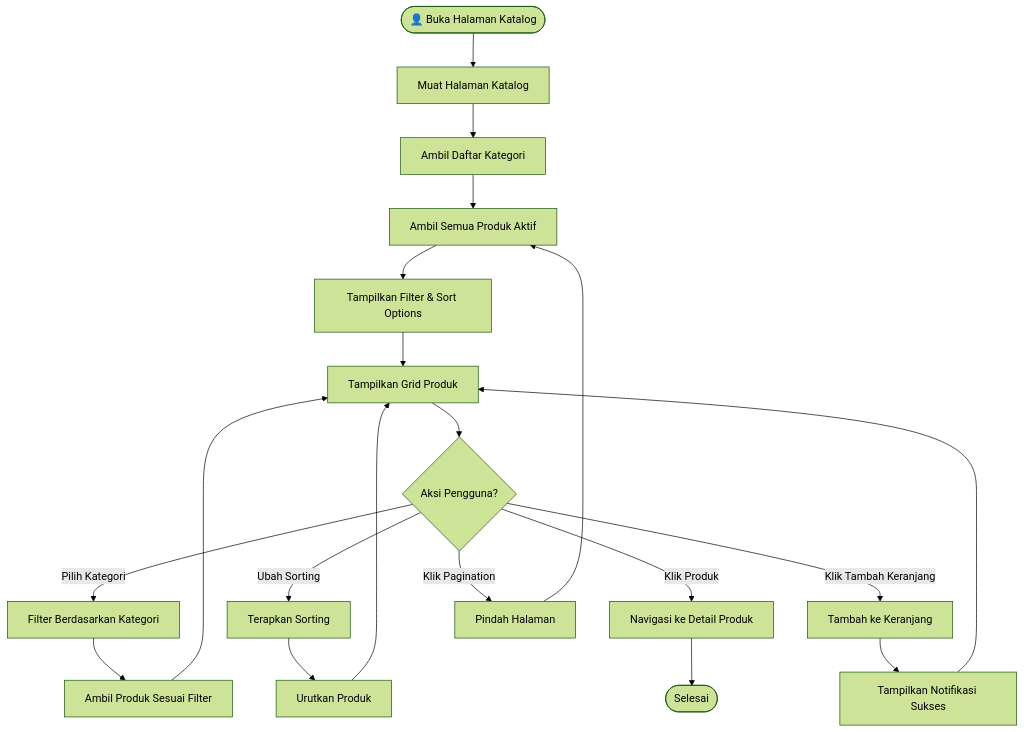
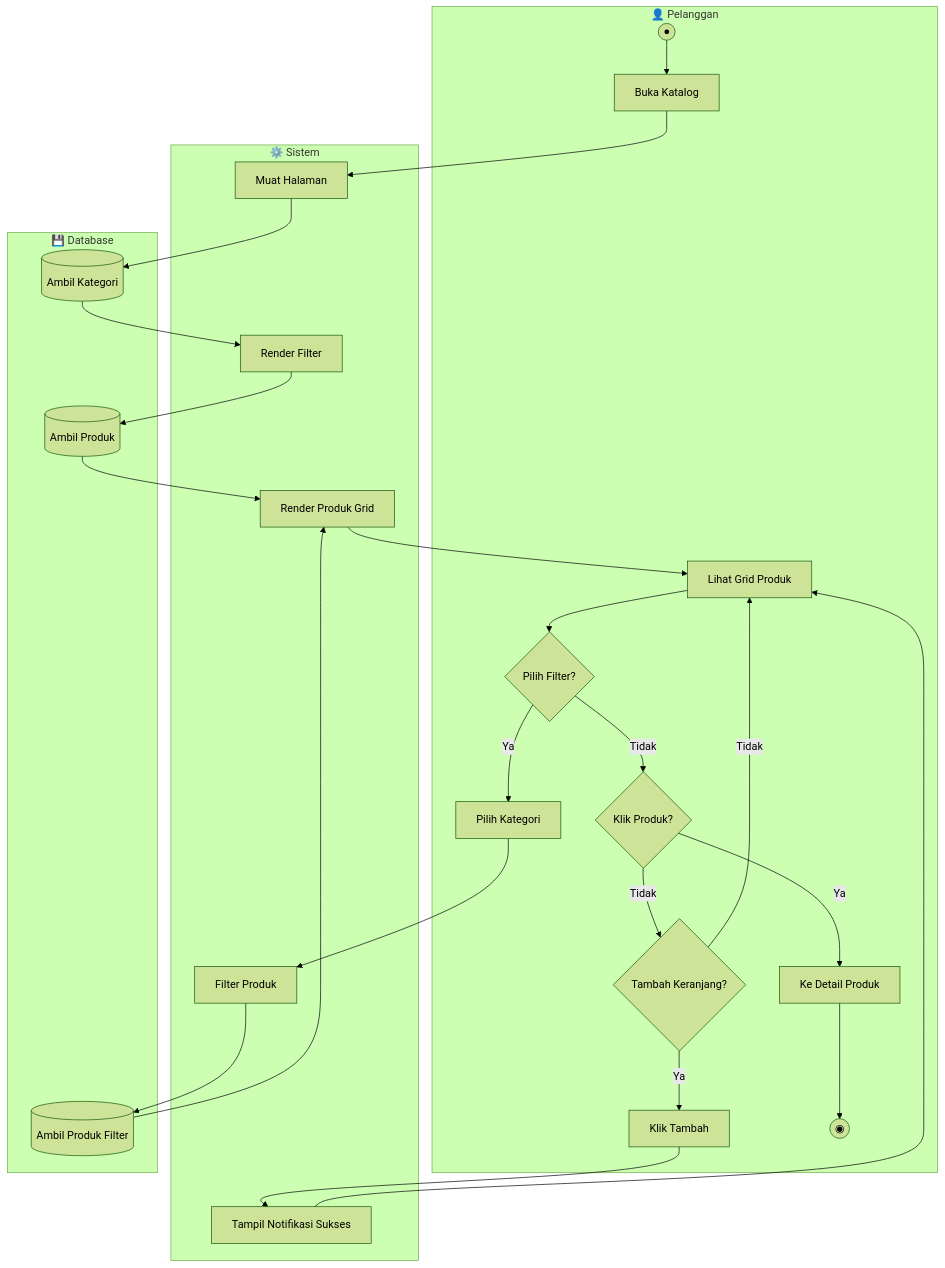
Before and after one commit to mustarisyahding07-spec/WEBSITE_SKRIPSI_MUSTARI: the second of 17 diagrams in docs/ACTIVITY_DIAGRAMS.md, drawn with Mermaid (forest theme). The commit also changed other lines of this file, not shown here.

Commit message:
docs: update activity diagrams with swimlane format

````diff
--- a/docs/ACTIVITY_DIAGRAMS.md
+++ b/docs/ACTIVITY_DIAGRAMS.md
@@ -72,27 +89,50 @@
 ```mermaid
 flowchart TD
-    Start([👤 Buka Halaman Katalog]) --> LoadPage[Muat Halaman Katalog]
-    LoadPage --> FetchCategories[Ambil Daftar Kategori]
-    FetchCategories --> FetchProducts[Ambil Semua Produk Aktif]
-    FetchProducts --> DisplayFilters[Tampilkan Filter & Sort Options]
-    DisplayFilters --> DisplayGrid[Tampilkan Grid Produk]
-    DisplayGrid --> UserAction{Aksi Pengguna?}
+    subgraph Pelanggan["👤 Pelanggan"]
+        P1((●))
+        P2[Buka Katalog]
+        P3[Lihat Grid Produk]
+        P4{Pilih Filter?}
+        P5[Pilih Kategori]
+        P6{Klik Produk?}
+        P7[Ke Detail Produk]
+        P8{Tambah Keranjang?}
+        P9[Klik Tambah]
+        P10((◉))
+    end
     
-    UserAction -->|Pilih Kategori| FilterCategory[Filter Berdasarkan Kategori]
-    FilterCategory --> FetchFiltered[Ambil Produk Sesuai Filter]
-    FetchFiltered --> DisplayGrid
+    subgraph Sistem["⚙️ Sistem"]
+        S1[Muat Halaman]
+        S2[Render Filter]
+        S3[Render Produk Grid]
+        S4[Filter Produk]
+        S5[Tampil Notifikasi Sukses]
+    end
     
-    UserAction -->|Ubah Sorting| ApplySort[Terapkan Sorting]
-    ApplySort --> SortProducts[Urutkan Produk]
-    SortProducts --> DisplayGrid
+    subgraph Database["💾 Database"]
+        D1[(Ambil Kategori)]
+        D2[(Ambil Produk)]
+        D3[(Ambil Produk Filter)]
+    end
     
-    UserAction -->|Klik Produk| GoToDetail[Navigasi ke Detail Produk]
-    GoToDetail --> End([Selesai])
-    
-    UserAction -->|Klik Tambah Keranjang| AddToCart[Tambah ke Keranjang]
-    AddToCart --> ShowNotification[Tampilkan Notifikasi Sukses]
-    ShowNotification --> DisplayGrid
-    
-    UserAction -->|Klik Pagination| ChangePage[Pindah Halaman]
-    ChangePage --> FetchProducts
+    P1 --> P2
+    P2 --> S1
+    S1 --> D1
+    D1 --> S2
+    S2 --> D2
+    D2 --> S3
+    S3 --> P3
+    P3 --> P4
+    P4 -->|Ya| P5
+    P5 --> S4
+    S4 --> D3
+    D3 --> S3
+    P4 -->|Tidak| P6
+    P6 -->|Ya| P7
+    P7 --> P10
+    P6 -->|Tidak| P8
+    P8 -->|Ya| P9
+    P9 --> S5
+    S5 --> P3
+    P8 -->|Tidak| P3
 ```
````
